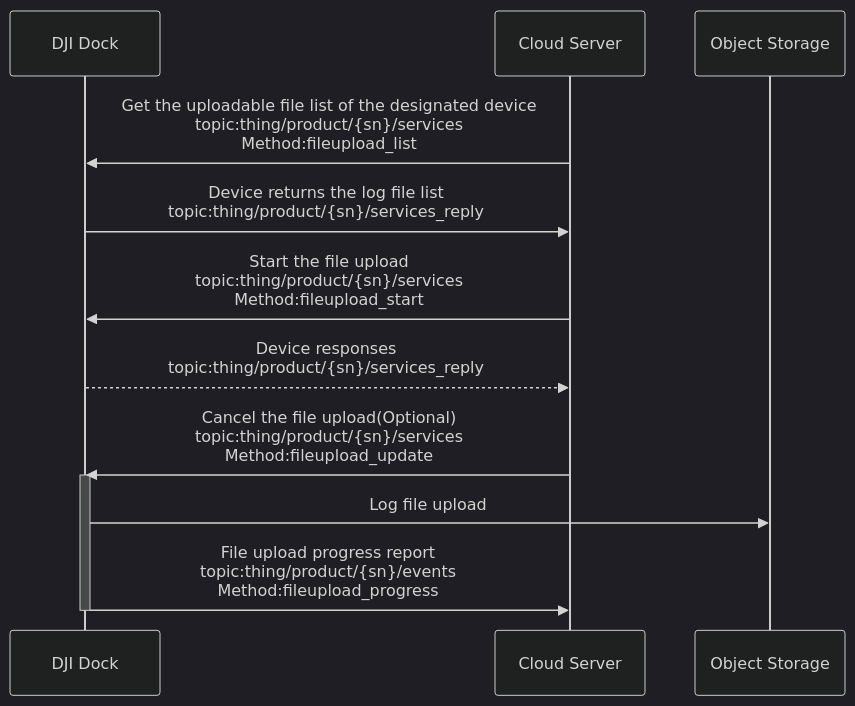
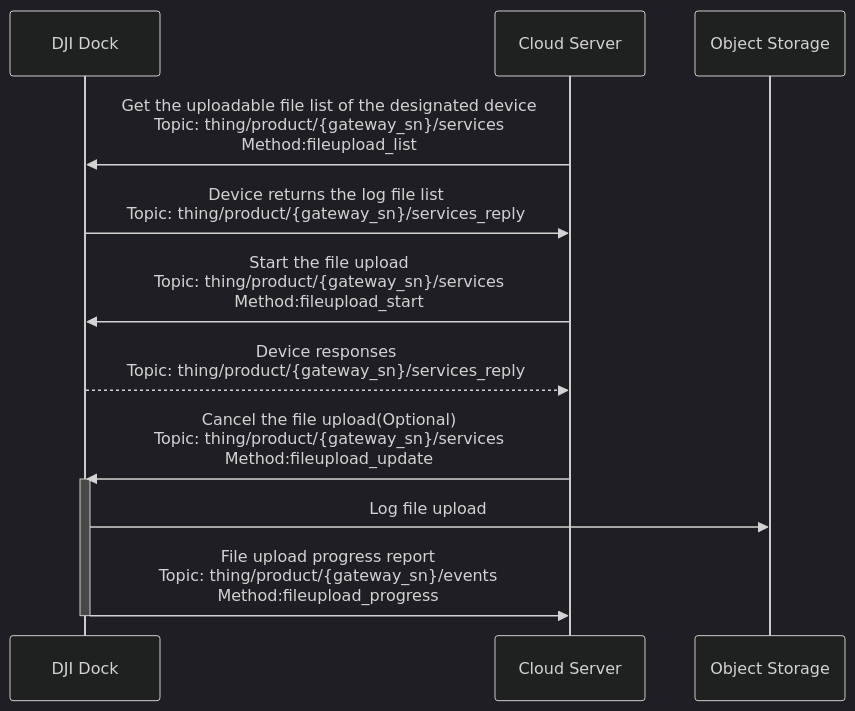
One commit to dji-sdk/Cloud-API-Doc changed the diagram in docs/en/30.feature-set/20.dock-feature-set/90.remote-log.md. Above: the diagram before and after it, drawn with Mermaid (dark theme). The commit also changed other lines of this file and 72 other files, not shown here.

````diff
--- a/docs/en/30.feature-set/20.dock-feature-set/90.remote-log.md
+++ b/docs/en/30.feature-set/20.dock-feature-set/90.remote-log.md
@@ -16,20 +16,20 @@
 ```mermaid
 sequenceDiagram
 
 participant client as DJI Dock
 participant app_server as Cloud Server
 participant storage as Object Storage
 
-app_server ->> client : Get the uploadable file list of the designated device<br/>topic:thing/product/{sn}/services<br/>Method:fileupload_list
-client ->> app_server : Device returns the log file list<br/>topic:thing/product/{sn}/services_reply
+app_server ->> client : Get the uploadable file list of the designated device<br/>Topic: thing/product/{gateway_sn}/services<br/>Method:fileupload_list
+client ->> app_server : Device returns the log file list<br/>Topic: thing/product/{gateway_sn}/services_reply
 
-app_server ->> client : Start the file upload<br/>topic:thing/product/{sn}/services<br/>Method:fileupload_start
-client -->> app_server  : Device responses<br/>topic:thing/product/{sn}/services_reply
-app_server ->> client : Cancel the file upload(Optional)<br/>topic:thing/product/{sn}/services<br/>Method:fileupload_update
+app_server ->> client : Start the file upload<br/>Topic: thing/product/{gateway_sn}/services<br/>Method:fileupload_start
+client -->> app_server  : Device responses<br/>Topic: thing/product/{gateway_sn}/services_reply
+app_server ->> client : Cancel the file upload(Optional)<br/>Topic: thing/product/{gateway_sn}/services<br/>Method:fileupload_update
 
 activate client
 client ->> storage : Log file upload
-client ->> app_server : File upload progress report<br/>topic:thing/product/{sn}/events<br/>Method:fileupload_progress
+client ->> app_server : File upload progress report<br/>Topic: thing/product/{gateway_sn}/events<br/>Method:fileupload_progress
 deactivate client
 
 ```
````
